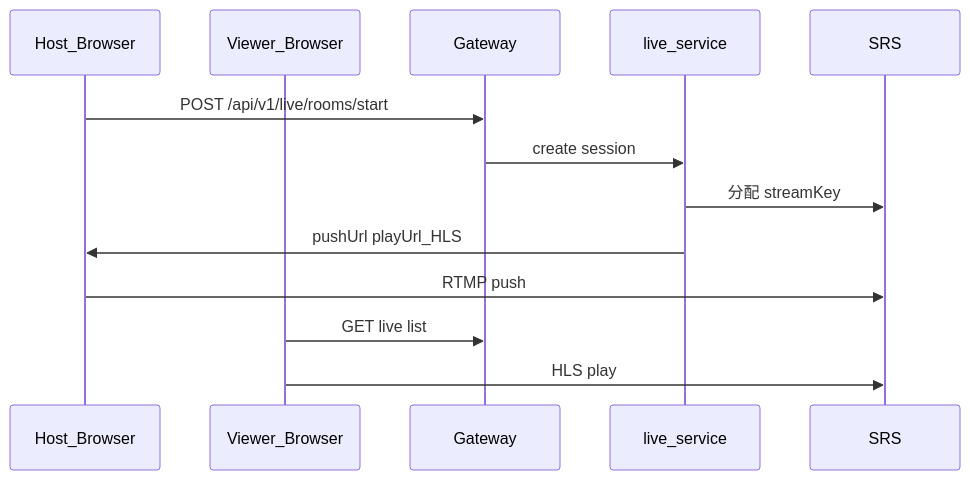
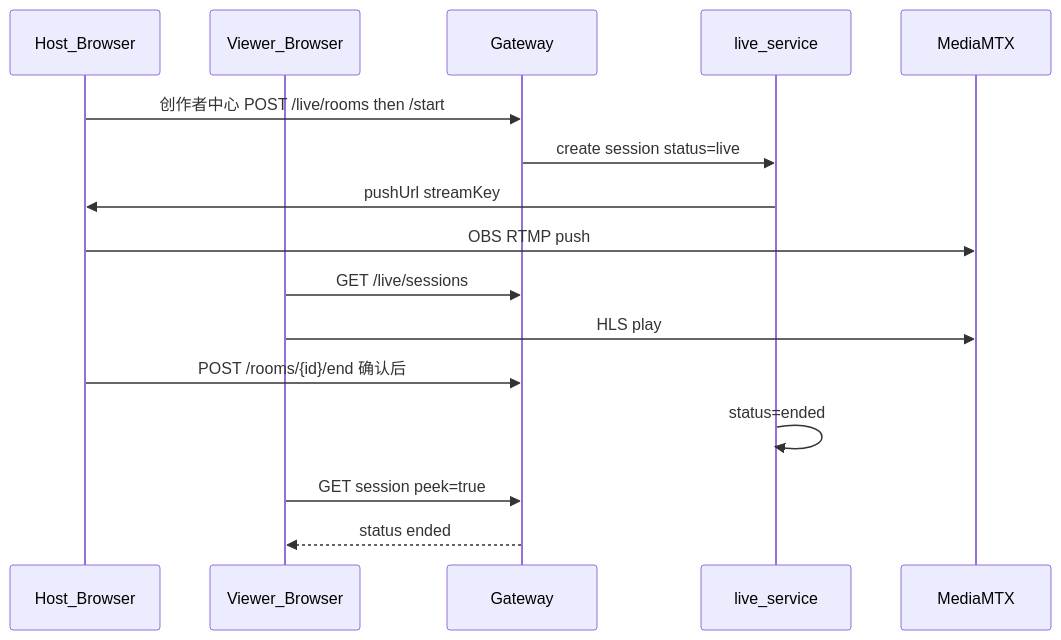
One commit to Yangleduo00337788/OnePage changed diagram 12 of 13 in agi-work-space/src/content/engineering/tech/diagrams.md. Above: the diagram before and after it, drawn with Mermaid. The commit also changed 8 other files, not shown here.

````diff
--- a/agi-work-space/src/content/engineering/tech/diagrams.md
+++ b/agi-work-space/src/content/engineering/tech/diagrams.md
@@ -331,16 +331,19 @@
 ```mermaid
 sequenceDiagram
   participant Host as Host_Browser
   participant View as Viewer_Browser
   participant G as Gateway
   participant L as live_service
-  participant SRS as SRS
+  participant MTX as MediaMTX
 
-  Host->>G: POST /api/v1/live/rooms/start
-  G->>L: create session
-  L->>SRS: 分配 streamKey
-  L->>Host: pushUrl playUrl_HLS
-  Host->>SRS: RTMP push
-  View->>G: GET live list
-  View->>SRS: HLS play
+  Host->>G: 创作者中心 POST /live/rooms then /start
+  G->>L: create session status=live
+  L->>Host: pushUrl streamKey
+  Host->>MTX: OBS RTMP push
+  View->>G: GET /live/sessions
+  View->>MTX: HLS play
+  Host->>G: POST /rooms/{id}/end 确认后
+  L->>L: status=ended
+  View->>G: GET session peek=true
+  G-->>View: status ended
 ```
````
